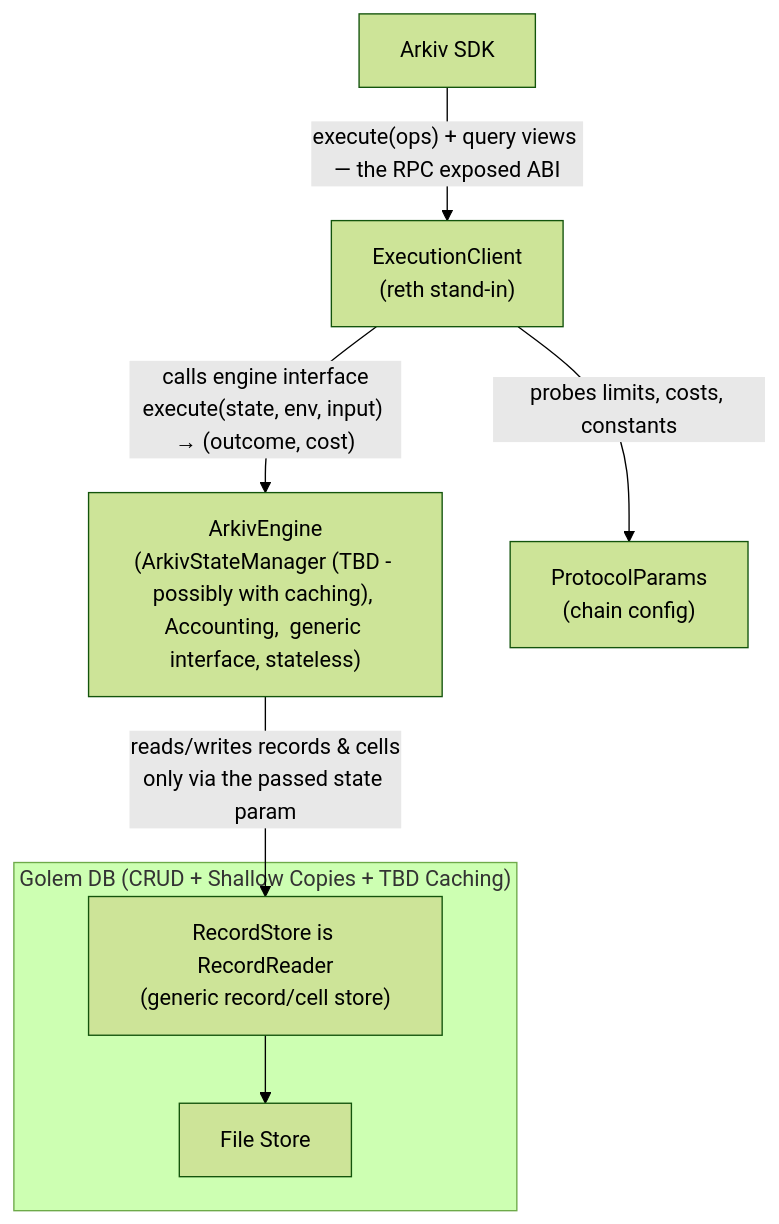
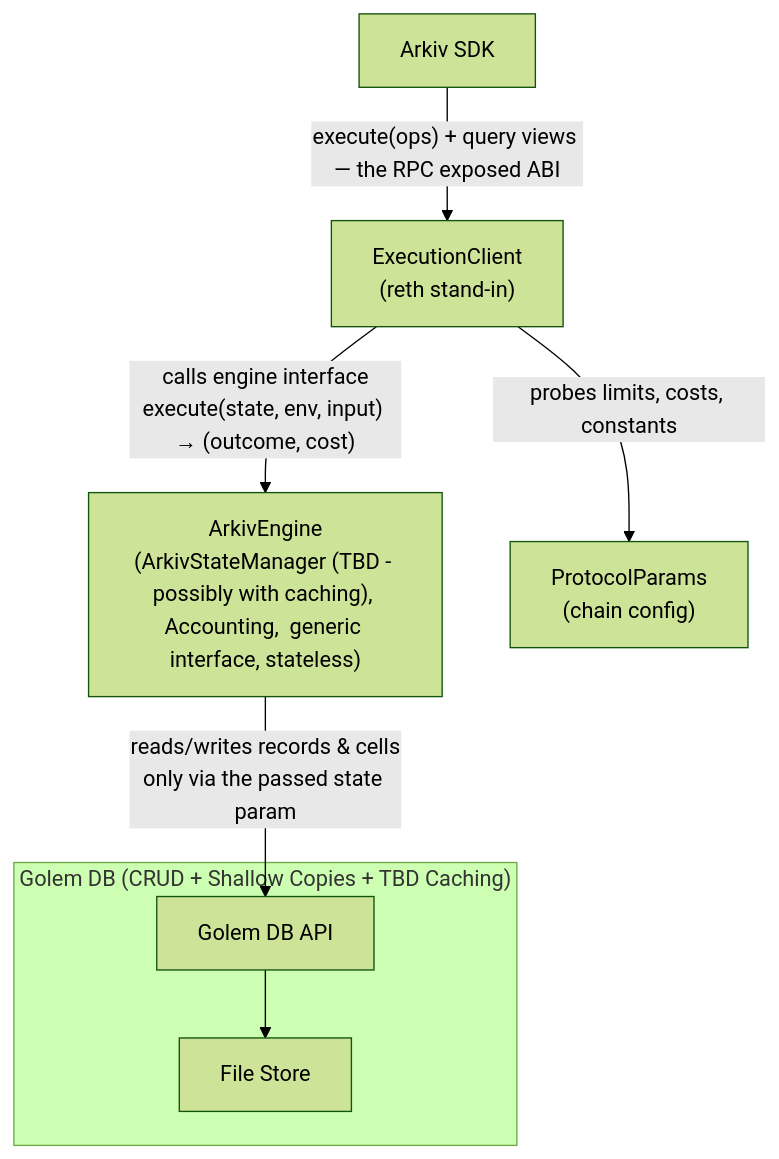
The diagram in docs/arkiv-engine.md (Arkiv-Network/arkiv-contracts), drawn with Mermaid (forest theme) before and after one commit.

````diff
--- a/docs/arkiv-engine.md
+++ b/docs/arkiv-engine.md
@@ -5,19 +5,18 @@
 ```mermaid
 graph TD
     SDK["Arkiv SDK"]
     EC["ExecutionClient<br/>(reth stand-in)"]
     AE["ArkivEngine<br/>(ArkivStateManager (TBD - possibly with caching), Accounting,  generic interface, stateless)"]
     PP["ProtocolParams<br/>(chain config)"]
 
     subgraph GD["Golem DB (CRUD + Shallow Copies + TBD Caching)"]
-        
-        RS["RecordStore is RecordReader<br/>(generic record/cell store)"]
+        RS["Golem DB API"]
         FS["File Store"]
         RS --> FS
     end
 
     SDK -->|"execute(ops) + query views — the RPC exposed ABI"| EC
     EC -->|"probes limits, costs, constants"| PP
     EC -->|"calls engine interface<br/>execute(state, env, input) → (outcome, cost)"| AE
     AE -->|"reads/writes records & cells<br/>only via the passed state param"| RS
 ```
````
